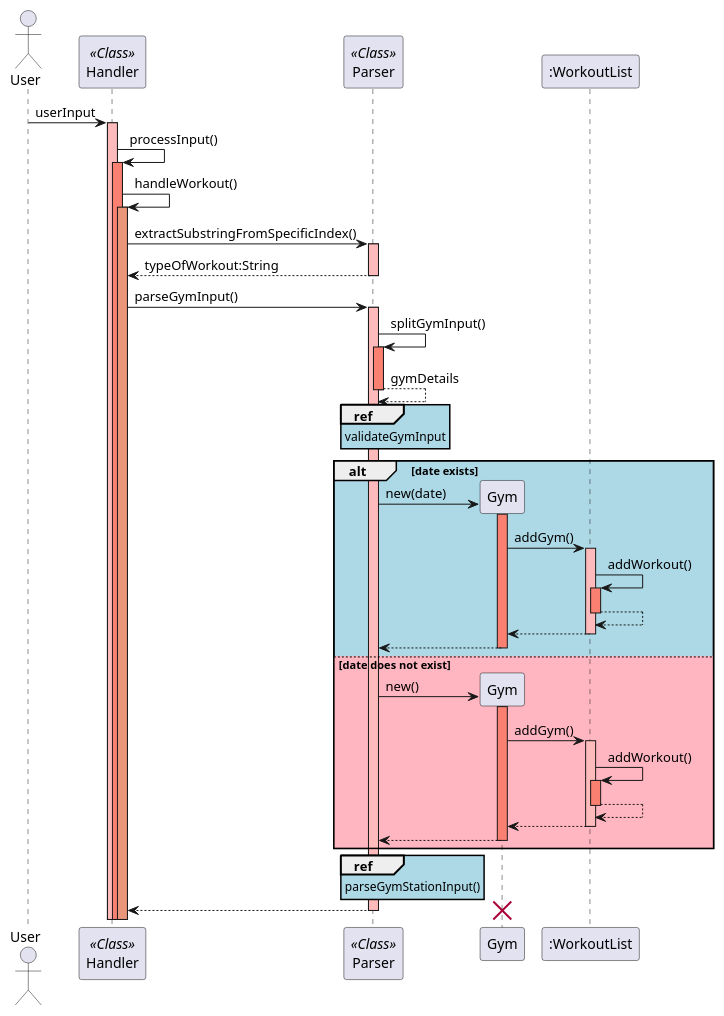
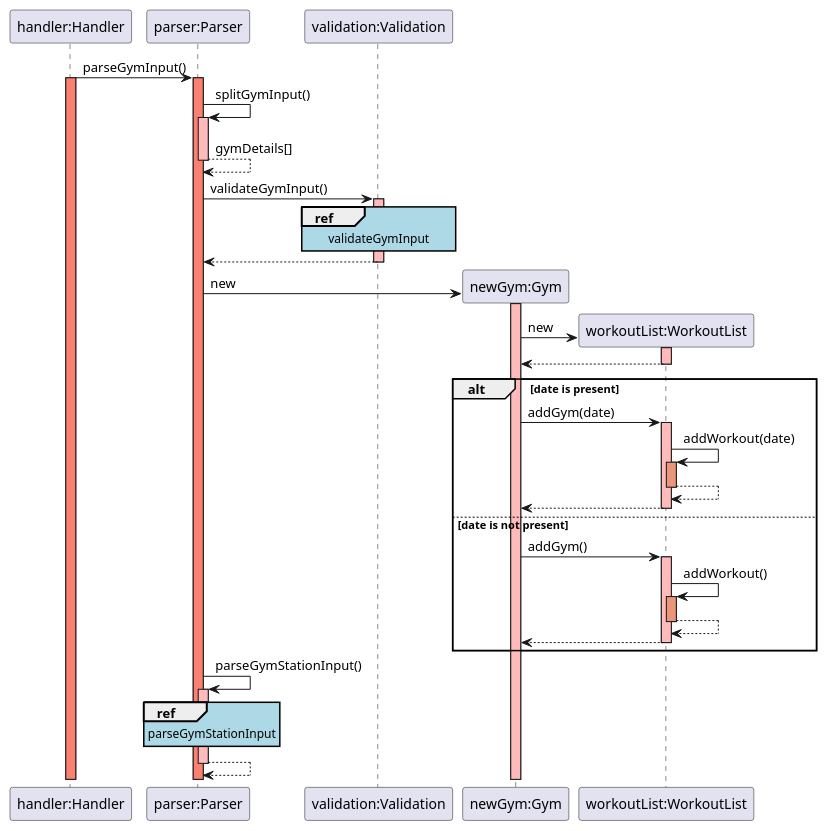
Before and after one commit to rouvinerh/tp: the diagram in docs/puml/sequence_diagrams/gym_overview_sequence_diagram.puml, drawn with PlantUML. The commit also changed 14 other files, not shown here.

Commit message:
add run and gym for dg

```diff
--- a/docs/puml/sequence_diagrams/gym_overview_sequence_diagram.puml
+++ b/docs/puml/sequence_diagrams/gym_overview_sequence_diagram.puml
@@ -1,62 +1,59 @@
 @startuml
 skinparam sequenceReferenceBackgroundColor lightblue
-actor User
-participant Handler as Handler << Class >>
-participant Parser as Parser << Class >>
-participant Gym as Gym 
-participant ":WorkoutList" as WorkoutList
 
-User -> Handler: userInput
-activate Handler #FFBBBB
-Handler -> Handler : processInput()
-activate Handler #Salmon
-Handler -> Handler : handleWorkout()
+participant "handler:Handler" as Handler
+participant "parser:Parser" as Parser
+participant "validation:Validation" as Validation
+participant "newGym:Gym" as Run
+participant "workoutList:WorkoutList" as WorkoutList
 
-activate Handler #DarkSalmon
-Handler -> Parser  : extractSubstringFromSpecificIndex()
-activate Parser  #FFBBBB
-Parser  --> Handler : typeOfWorkout:String
-deactivate Parser  #FFBBBB
+Handler -> Parser: parseGymInput()
+activate Handler #salmon
+activate Parser #salmon
 
-Handler -> Parser : parseGymInput()
-activate Parser  #FFBBBB
-Parser -> Parser : splitGymInput()
-activate Parser #Salmon
-Parser --> Parser : gymDetails
-deactivate Parser #Salmon
-ref over Parser: validateGymInput
-alt #LightBlue date exists
-    create Gym
-    Parser -> Gym : new(date)
-    activate Gym #Salmon
-    Gym -> WorkoutList : addGym()
+Parser -> Parser: splitGymInput()
+activate Parser #FFBBBB
+Parser --> Parser: gymDetails[]
+deactivate Parser #FFBBBB
+
+Parser -> Validation: validateGymInput()
+activate Validation #FFBBBB
+ref over Validation: validateGymInput 
+Validation --> Parser: 
+deactivate Validation
+
+Parser -> Run **: new
+activate Run #FFBBBB   
+Run -> WorkoutList **: new
+activate WorkoutList #FFBBBB
+WorkoutList --> Run:
+deactivate WorkoutList #FFBBBB
+
+alt date is present
+    Run -> WorkoutList: addGym(date)
     activate WorkoutList #FFBBBB
-    WorkoutList -> WorkoutList : addWorkout()
-    activate WorkoutList #Salmon
-    WorkoutList --> WorkoutList
-    deactivate WorkoutList #Salmon
-    WorkoutList --> Gym #FFBBBB
+    WorkoutList -> WorkoutList: addWorkout(date)
+    activate WorkoutList #DarkSalmon
+    WorkoutList --> WorkoutList:
+    deactivate WorkoutList #DarkSalmon
+    WorkoutList --> Run:
     deactivate WorkoutList #FFBBBB
-    Gym --> Parser
-    deactivate Gym #Salmon
+ 
+else date is not present
+    Run -> WorkoutList: addGym()
+    activate WorkoutList #FFBBBB
+    WorkoutList -> WorkoutList: addWorkout()
+    activate WorkoutList #DarkSalmon
+    WorkoutList --> WorkoutList:
+    deactivate WorkoutList #DarkSalmon
+    WorkoutList --> Run:
+    deactivate WorkoutList #FFBBBB
+end
 
-else #LightPink date does not exist
-    create Gym
-    Parser -> Gym : new()
-     activate Gym #Salmon
-    Gym -> WorkoutList : addGym()
-    activate WorkoutList #FFBBBB
-    WorkoutList -> WorkoutList : addWorkout()
-    activate WorkoutList #Salmon
-    WorkoutList --> WorkoutList
-    deactivate WorkoutList #Salmon
-    WorkoutList --> Gym #FFBBBB
-    deactivate WorkoutList #FFBBBB
-    Gym --> Parser
-    deactivate Gym #Salmon
-end
-ref over Parser : parseGymStationInput()
-Parser --> Handler 
+Parser -> Parser: parseGymStationInput()
+activate Parser #FFBBBB
+ref over Parser: parseGymStationInput
+Parser --> Parser:
 deactivate Parser #FFBBBB
-destroy Gym
+
 @enduml
```
